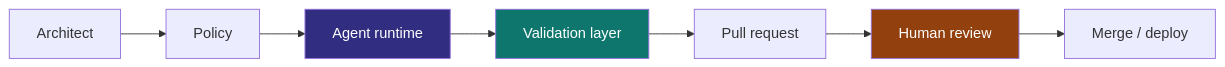
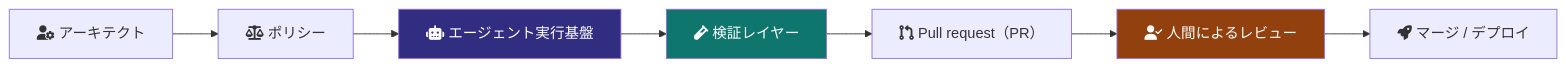
Before and after one commit to nelson-o/nelson-o.github.io: the second of 5 diagrams in content/ja/ideas/agent-loops.mdx, drawn with Mermaid. The commit also changed other lines of this file and 3 other files, not shown here.

````diff
--- a/content/ja/ideas/agent-loops.mdx
+++ b/content/ja/ideas/agent-loops.mdx
@@ -138,13 +138,13 @@
 ```mermaid
 flowchart LR
-  A["Architect"] --> B["Policy"]
-  B --> C["Agent runtime"]
-  C --> D["Validation layer"]
-  D --> E["Pull request"]
-  E --> F["Human review"]
-  F --> G["Merge / deploy"]
+  A["fa:fa-user-gear アーキテクト"] --> B["fa:fa-scale-balanced ポリシー"]
+  B --> C["fa:fa-robot エージェント実行基盤"]
+  C --> D["fa:fa-vial 検証レイヤー"]
+  D --> E["fa:fa-code-pull-request Pull request（PR）"]
+  E --> F["fa:fa-user-check 人間によるレビュー"]
+  F --> G["fa:fa-rocket マージ / デプロイ"]
 
   style C fill:#312e81,color:#fff
   style D fill:#0f766e,color:#fff
   style F fill:#92400e,color:#fff
 ```
````
